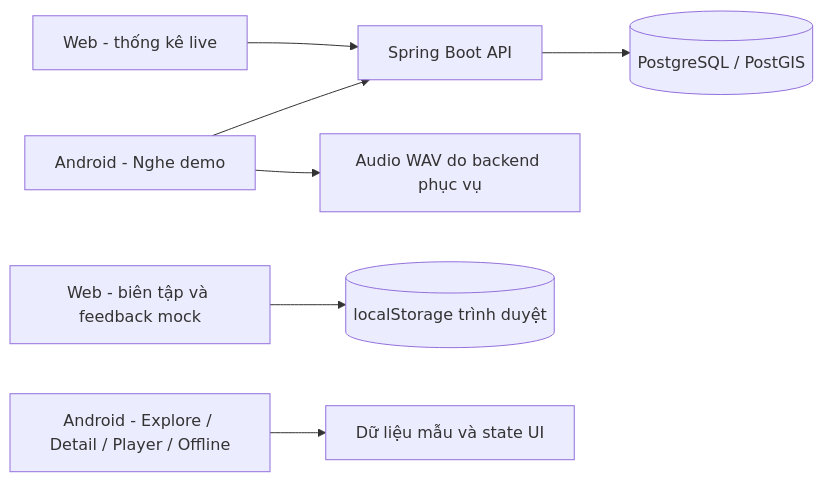
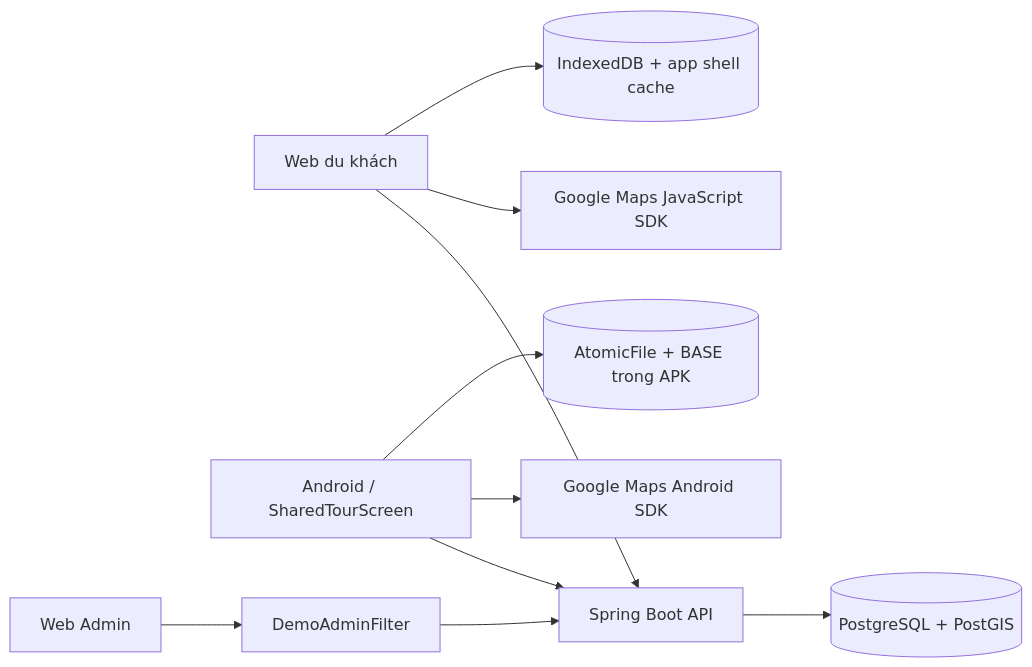
The first of 4 diagrams in docs/vi/DEMO_CODE_GUIDE.md (HuyTec/CNPM-Multilingual-Audio-Guide-2026-2027), drawn with Mermaid before and after one commit. The commit also changed other lines of this file and 17 other files, not shown here.

````diff
--- a/docs/vi/DEMO_CODE_GUIDE.md
+++ b/docs/vi/DEMO_CODE_GUIDE.md
@@ -25,9 +21,12 @@
 ```mermaid
 flowchart LR
-    Android[Android - Nghe demo] --> API[Spring Boot API]
-    WebLive[Web - thống kê live] --> API
-    API --> DB[(PostgreSQL / PostGIS)]
-    Android --> Audio[Audio WAV do backend phục vụ]
-    WebMock[Web - biên tập và feedback mock] --> LS[(localStorage trình duyệt)]
-    AndroidMock[Android - Explore / Detail / Player / Offline] --> Fixtures[Dữ liệu mẫu và state UI]
+    W[Web du khách] --> API[Spring Boot API]
+    A[Android / SharedTourScreen] --> API
+    ADM[Web Admin] --> AUTH[DemoAdminFilter]
+    AUTH --> API
+    API --> DB[(PostgreSQL + PostGIS)]
+    W --> GW[Google Maps JavaScript SDK]
+    A --> GA[Google Maps Android SDK]
+    W --> LW[(IndexedDB + app shell cache)]
+    A --> LA[(AtomicFile + BASE trong APK)]
 ```
````
